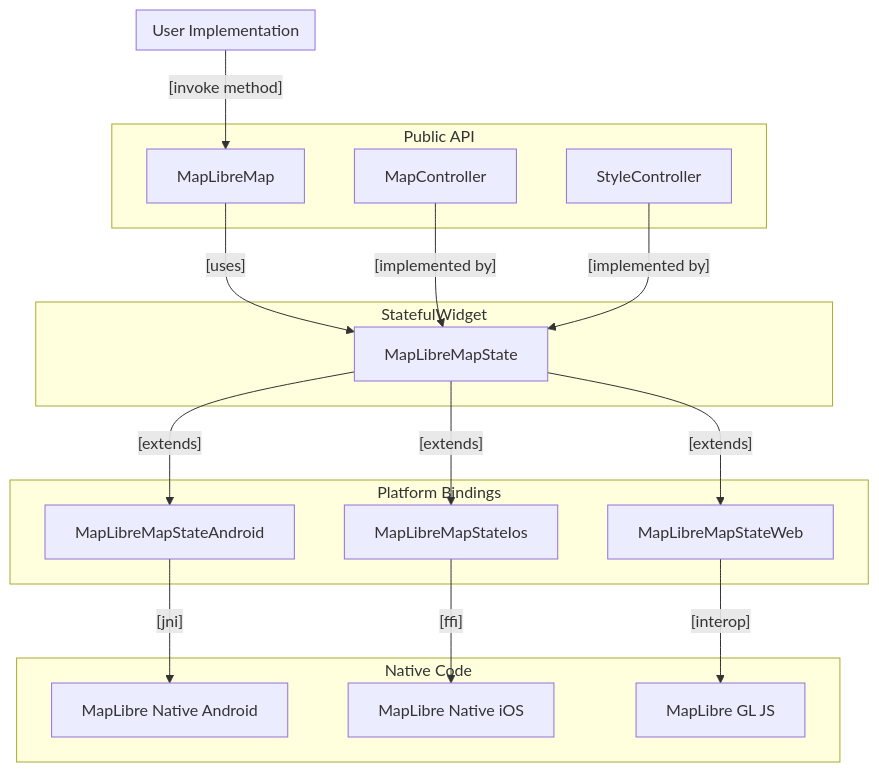
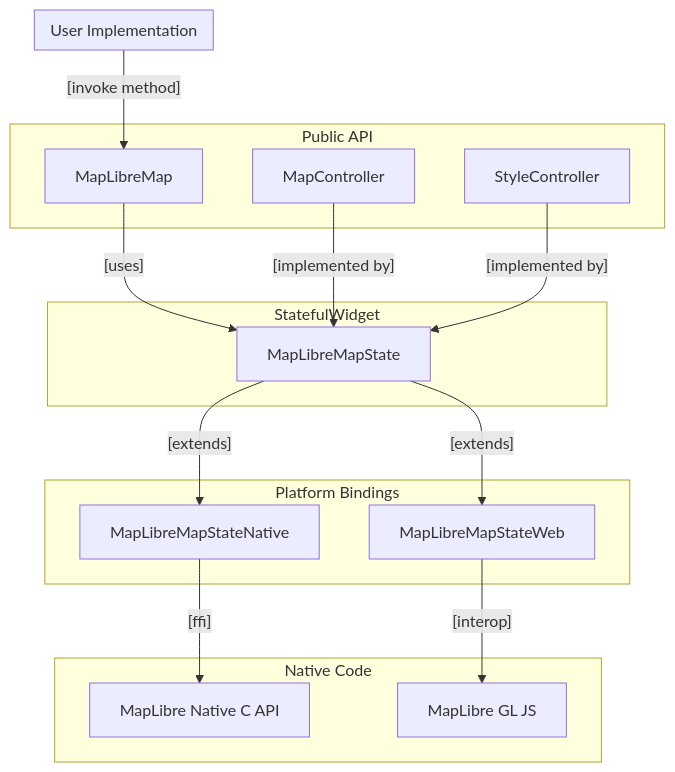
One commit to josxha/flutter-maplibre changed the diagram in website/docs/architecture.md. Above: the diagram before and after it, drawn with Mermaid. The commit also changed other lines of this file and 357 other files, not shown here.

First line of the commit message:
feat!: render with the MapLibre Native C API (maplibre_native) (#585)

````diff
--- a/website/docs/architecture.md
+++ b/website/docs/architecture.md
@@ -18,37 +19,33 @@
 ```mermaid
 flowchart TB
     subgraph User["User Implementation"]
     end
     subgraph Public["Public API"]
         MapLibreMap
         MapController
         StyleController
     end
 
     subgraph Widget["StatefulWidget"]
         MapLibreMapState
     end
 
     subgraph Interop["Platform Bindings"]
-        MapLibreMapStateAndroid
-        MapLibreMapStateIos
+        MapLibreMapStateNative
         MapLibreMapStateWeb
     end
 
     subgraph Native["Native Code"]
-       Android["MapLibre Native Android"]
-       iOS["MapLibre Native iOS"]
+       C["MapLibre Native C API"]
        Web["MapLibre GL JS"]
     end
 
     User --[invoke method]--> MapLibreMap
     MapLibreMap --[uses]--> MapLibreMapState
     MapController --[implemented by]--> MapLibreMapState
     StyleController --[implemented by]--> MapLibreMapState
-    MapLibreMapState --[extends]--> MapLibreMapStateAndroid
-    MapLibreMapState --[extends]--> MapLibreMapStateIos
+    MapLibreMapState --[extends]--> MapLibreMapStateNative
     MapLibreMapState --[extends]--> MapLibreMapStateWeb
-    MapLibreMapStateAndroid --[jni]--> Android
-    MapLibreMapStateIos --[ffi]--> iOS
+    MapLibreMapStateNative --[ffi]--> C
     MapLibreMapStateWeb --[interop]--> Web
 ```
````
